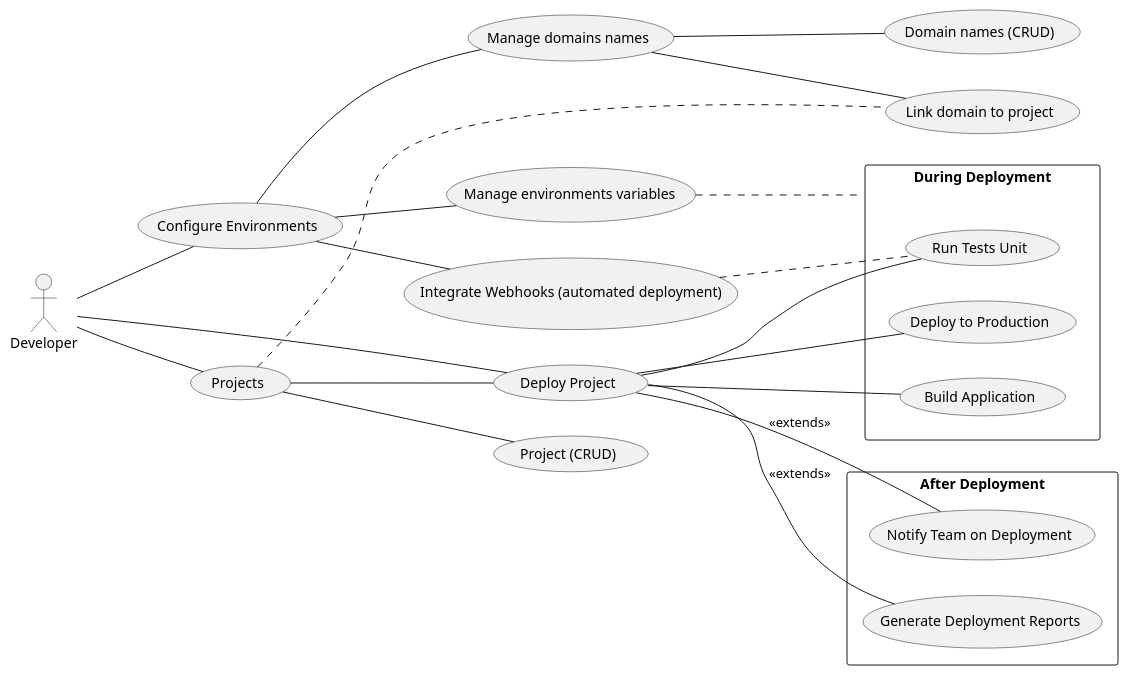
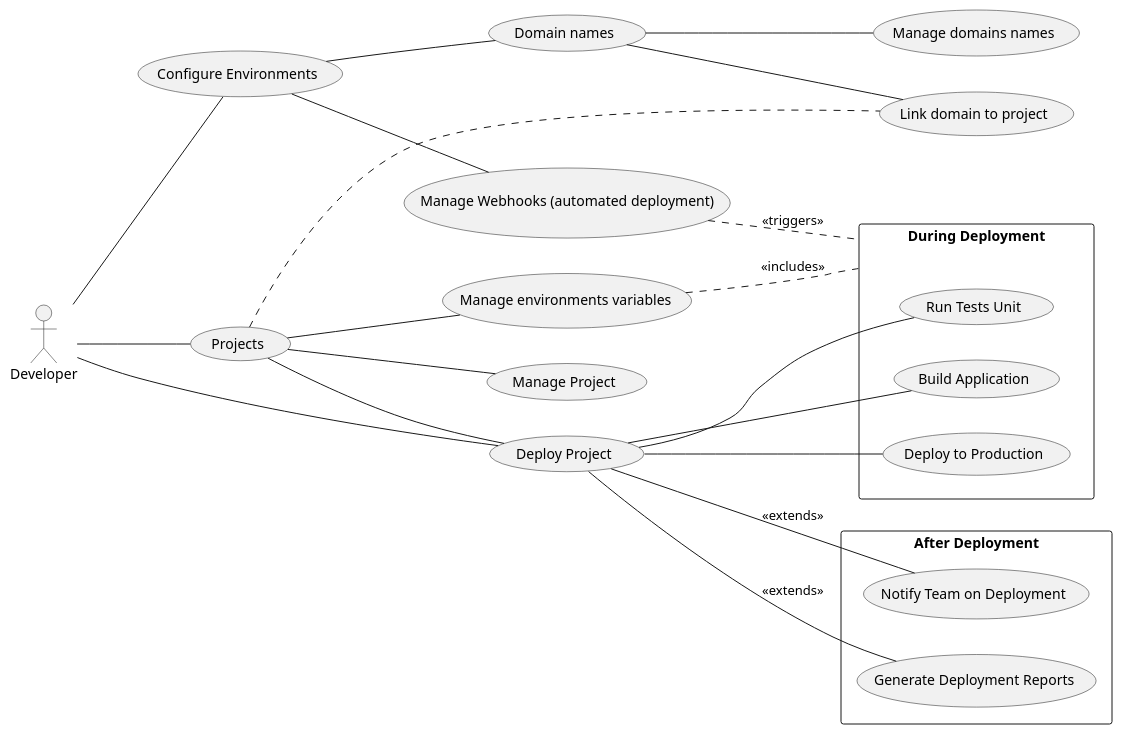
One commit to Cyclops789/solicode-project-file-rouge changed the diagram in Analyse/use-case-diagram.plantuml. Above: the diagram before and after it, drawn with PlantUML. The commit also changed 3 other files, not shown here.

```diff
--- a/Analyse/use-case-diagram.plantuml
+++ b/Analyse/use-case-diagram.plantuml
@@ -1,57 +1,57 @@
 @startuml "Deployment app"
 
 left to right direction
 
 actor "Developer" as User
 
 usecase "Deploy Project" as Deploy
 usecase "Projects" as Projects
 
 usecase "Configure Environments" as Configuration
 
 rectangle "During Deployment" {
     usecase "Run Tests Unit" as TestsUnit
     usecase "Build Application" as BuildApplication
     usecase "Deploy to Production" as DeployProduction
 }
 
-usecase "Project (CRUD)" as ProjectCRUD
+usecase "Manage Project" as ProjectCRUD
 
-usecase "Domain names (CRUD)" as DomainsCRUD
 usecase "Link domain to project" as DomainProject
 
 usecase "Manage environments variables" as ManageEnvVariables
+usecase "Domain names" as DomainNames
 usecase "Manage domains names" as ManageDomains
-usecase "Integrate Webhooks (automated deployment)" as IntegrateWebHooks
+usecase "Manage Webhooks (automated deployment)" as IntegrateWebHooks
 
 rectangle "After Deployment" {
     usecase "Notify Team on Deployment" as NotifyTeam
     usecase "Generate Deployment Reports" as DeploymentReports
 }
 User -- Deploy
 User -- Configuration
 User -- Projects
 
 Projects -- Deploy
 Projects -- ProjectCRUD
+Projects -- ManageEnvVariables
 Projects . DomainProject
 
-Configuration -- ManageEnvVariables
-Configuration -- ManageDomains
+Configuration -- DomainNames
 Configuration -- IntegrateWebHooks
 
-ManageEnvVariables . "During Deployment"
+ManageEnvVariables . "During Deployment" : <<includes>>
 
-ManageDomains -- DomainsCRUD
-ManageDomains -- DomainProject
+DomainNames -- ManageDomains
+DomainNames -- DomainProject
 
-IntegrateWebHooks . TestsUnit
+IntegrateWebHooks . "During Deployment" : <<triggers>>
 
 Deploy -- TestsUnit
 Deploy -- BuildApplication
 Deploy -- DeployProduction
 
 Deploy -- DeploymentReports : <<extends>>
 Deploy -- NotifyTeam : <<extends>>
 
 @enduml
```
